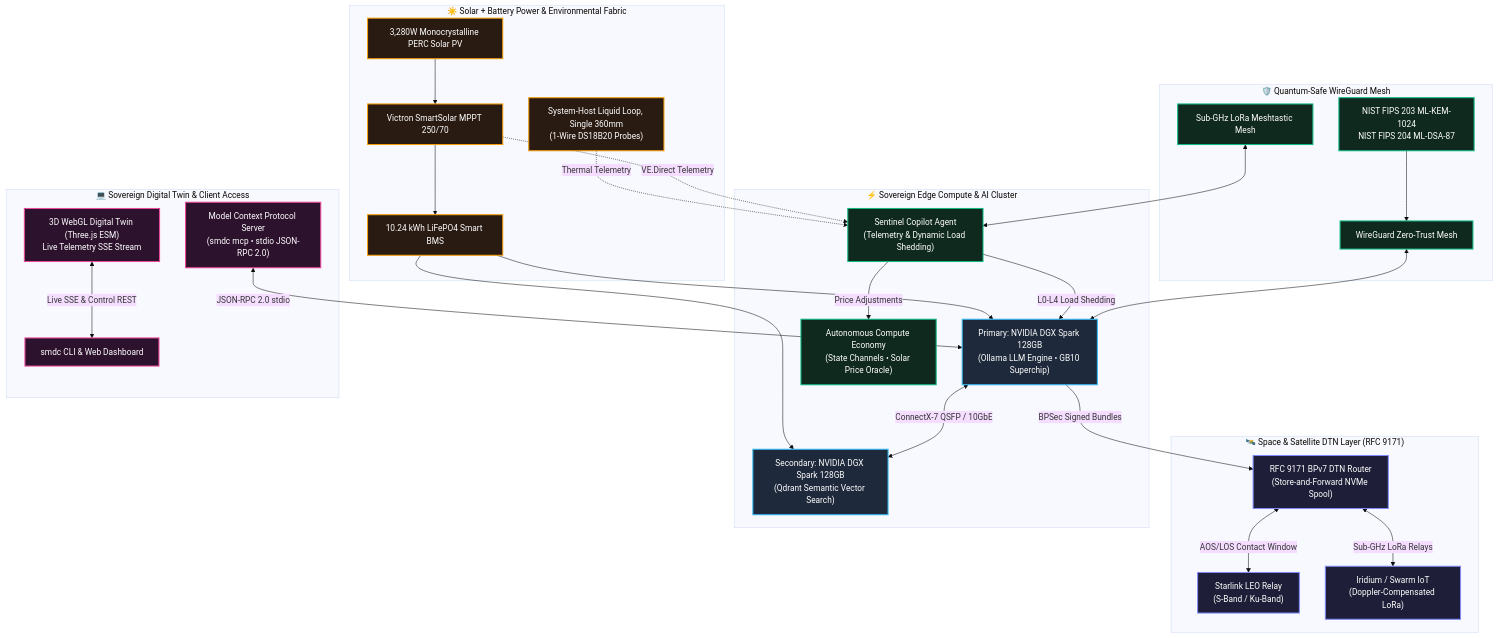
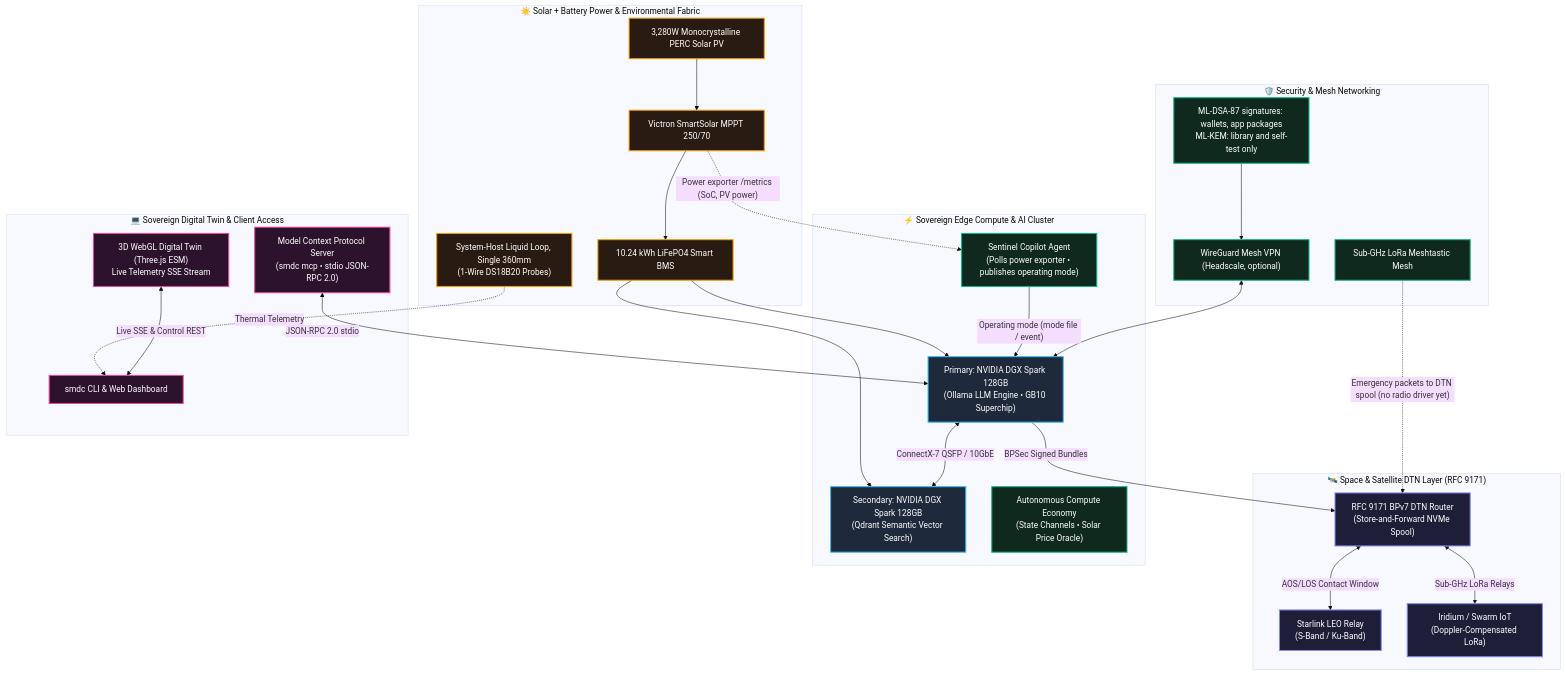
One commit to iliachry/sovereign-mini-datacenter changed the diagram in README.md. Above: the diagram before and after it, drawn with Mermaid (base theme). The commit also changed other lines of this file and 91 other files, not shown here.

````diff
--- a/README.md
+++ b/README.md
@@ -45,60 +45,59 @@
 ```mermaid
 graph TD
     classDef space fill:#1e1e38,stroke:#818cf8,stroke-width:2px,color:#fff;
     classDef compute fill:#1e293b,stroke:#38bdf8,stroke-width:2px,color:#fff;
     classDef power fill:#2a1b12,stroke:#f59e0b,stroke-width:2px,color:#fff;
     classDef secure fill:#0f291e,stroke:#10b981,stroke-width:2px,color:#fff;
     classDef client fill:#2d122d,stroke:#ec4899,stroke-width:2px,color:#fff;
 
     subgraph SpaceLayer["🛰️ Space & Satellite DTN Layer (RFC 9171)"]
         Sat1["Starlink LEO Relay<br/>(S-Band / Ku-Band)"]:::space
         Sat2["Iridium / Swarm IoT<br/>(Doppler-Compensated LoRa)"]:::space
         DTNRouter["RFC 9171 BPv7 DTN Router<br/>(Store-and-Forward NVMe Spool)"]:::space
     end
 
     subgraph EnergyLayer["☀️ Solar + Battery Power & Environmental Fabric"]
         Solar["3,280W Monocrystalline PERC Solar PV"]:::power
         MPPT["Victron SmartSolar MPPT 250/70"]:::power
         Battery["10.24 kWh LiFePO4 Smart BMS"]:::power
         Cooling["System-Host Liquid Loop, Single 360mm<br/>(1-Wire DS18B20 Probes)"]:::power
     end
 
     subgraph ComputeStack["⚡ Sovereign Edge Compute & AI Cluster"]
         Spark1["Primary: NVIDIA DGX Spark 128GB<br/>(Ollama LLM Engine • GB10 Superchip)"]:::compute
         Spark2["Secondary: NVIDIA DGX Spark 128GB<br/>(Qdrant Semantic Vector Search)"]:::compute
-        Sentinel["Sentinel Copilot Agent<br/>(Telemetry & Dynamic Load Shedding)"]:::secure
+        Sentinel["Sentinel Copilot Agent<br/>(Polls power exporter • publishes operating mode)"]:::secure
         Economy["Autonomous Compute Economy<br/>(State Channels • Solar Price Oracle)"]:::secure
     end
 
-    subgraph SecurityMesh["🛡️ Quantum-Safe WireGuard Mesh"]
-        PQC["NIST FIPS 203 ML-KEM-1024<br/>NIST FIPS 204 ML-DSA-87"]:::secure
-        WireGuard["WireGuard Zero-Trust Mesh"]:::secure
+    subgraph SecurityMesh["🛡️ Security & Mesh Networking"]
+        PQC["ML-DSA-87 signatures: wallets, app packages<br/>ML-KEM: library and self-test only"]:::secure
+        WireGuard["WireGuard Mesh VPN (Headscale, optional)"]:::secure
         LoRaMesh["Sub-GHz LoRa Meshtastic Mesh"]:::secure
     end
 
     subgraph ClientAccess["💻 Sovereign Digital Twin & Client Access"]
         WebTwin["3D WebGL Digital Twin (Three.js ESM)<br/>Live Telemetry SSE Stream"]:::client
         MCP["Model Context Protocol Server<br/>(smdc mcp • stdio JSON-RPC 2.0)"]:::client
         OpsConsole["smdc CLI & Web Dashboard"]:::client
     end
 
     Solar --> MPPT --> Battery
     Battery --> Spark1
     Battery --> Spark2
-    Cooling -.->|"Thermal Telemetry"| Sentinel
-    MPPT -.->|"VE.Direct Telemetry"| Sentinel
-    Sentinel -->|"L0-L4 Load Shedding"| Spark1
-    Sentinel -->|"Price Adjustments"| Economy
+    Cooling -.->|"Thermal Telemetry"| OpsConsole
+    MPPT -.->|"Power exporter /metrics (SoC, PV power)"| Sentinel
+    Sentinel -->|"Operating mode (mode file / event)"| Spark1
 
     Spark1 <-->|"ConnectX-7 QSFP / 10GbE"| Spark2
     Spark1 -->|"BPSec Signed Bundles"| DTNRouter
     DTNRouter <-->|"AOS/LOS Contact Window"| Sat1
     DTNRouter <-->|"Sub-GHz LoRa Relays"| Sat2
 
     PQC --> WireGuard
     WireGuard <--> Spark1
-    LoRaMesh <--> Sentinel
+    LoRaMesh -.->|"Emergency packets to DTN spool (no radio driver yet)"| DTNRouter
 
     WebTwin <-->|"Live SSE & Control REST"| OpsConsole
     MCP <-->|"JSON-RPC 2.0 stdio"| Spark1
 ```
````
